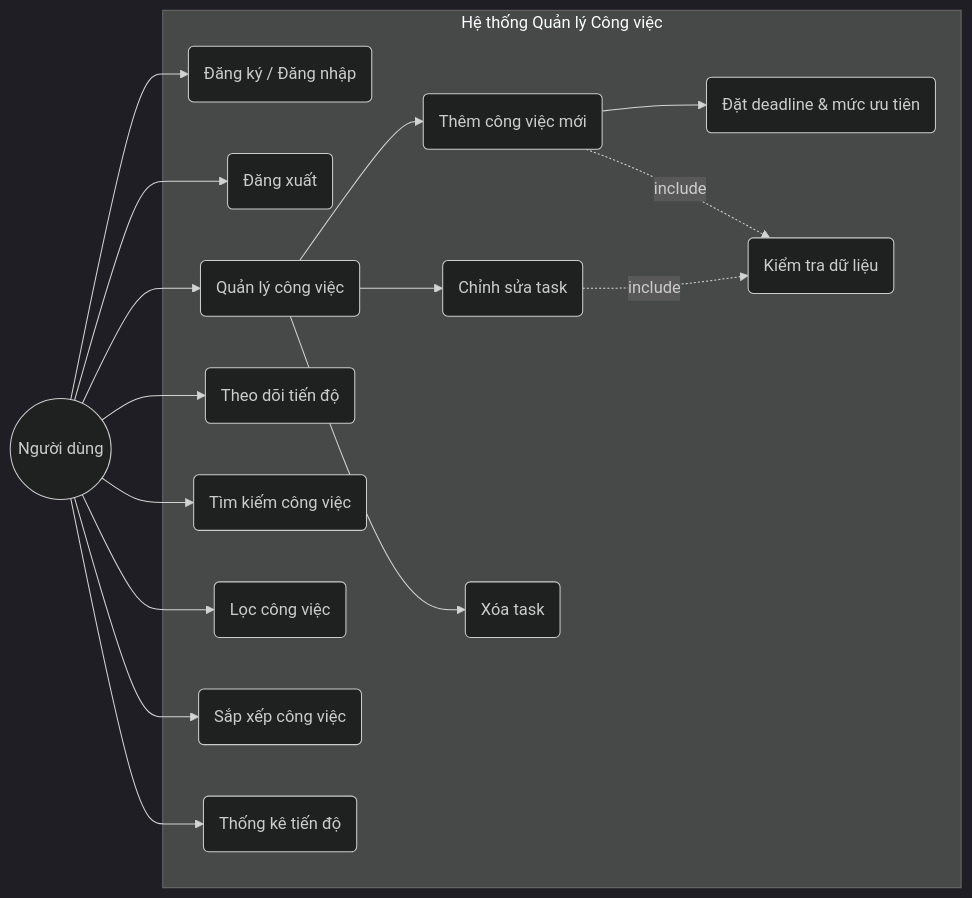
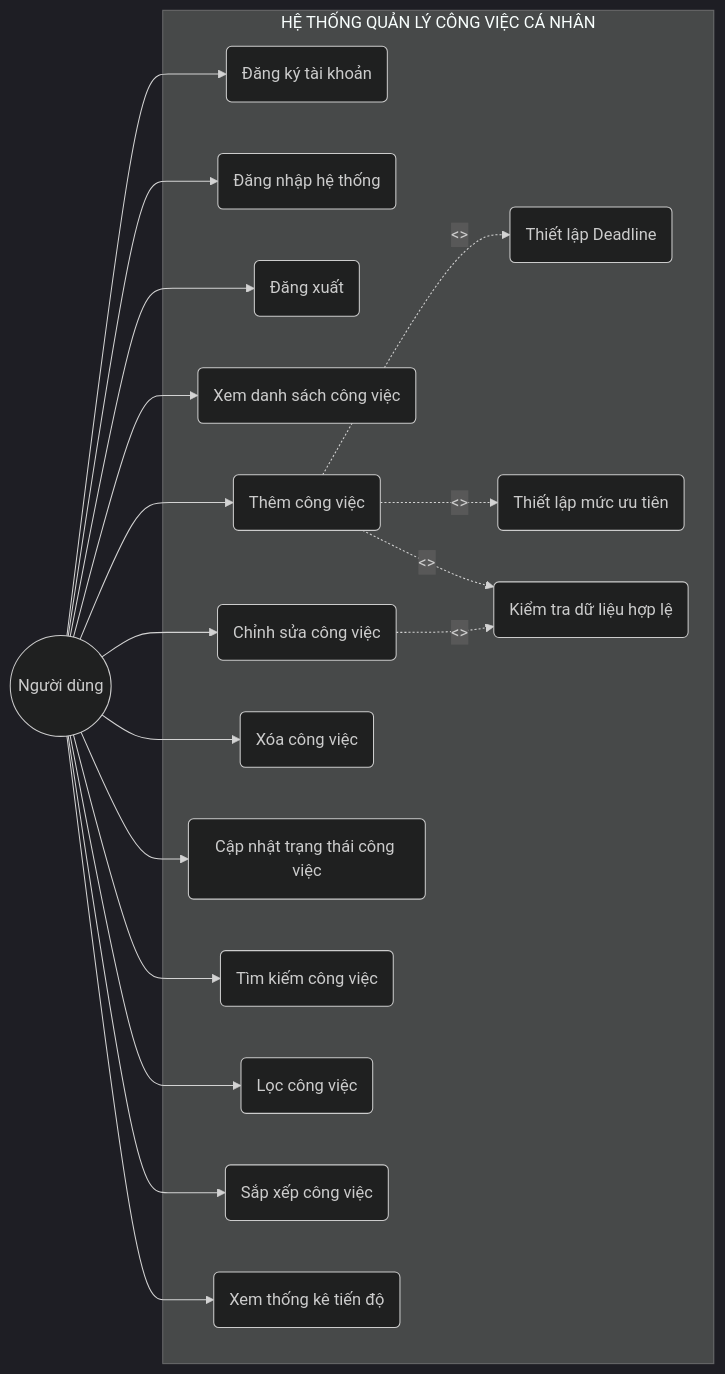
One commit to anhngocto-prog/He-thong-quan-ly-va-theo-doi-tien-do-cong-viec-ca-nhan changed the first of 4 diagrams in ANALYSIS.md. Above: the diagram before and after it, drawn with Mermaid (dark theme). The commit also changed other lines of this file, not shown here.

````diff
--- a/ANALYSIS.md
+++ b/ANALYSIS.md
@@ -68,52 +68,56 @@
 ```mermaid
 graph LR
 
     User((Người dùng))
-    
-    subgraph "Hệ thống Quản lý Công việc"
 
-        UC1(Đăng ký / Đăng nhập)
-        UC2(Đăng xuất)
+    subgraph "HỆ THỐNG QUẢN LÝ CÔNG VIỆC CÁ NHÂN"
 
-        UC3(Quản lý công việc)
+        UC1(Đăng ký tài khoản)
+        UC2(Đăng nhập hệ thống)
+        UC3(Đăng xuất)
 
-        UC4(Thêm công việc mới)
-        UC5(Chỉnh sửa task)
-        UC6(Xóa task)
+        UC4(Xem danh sách công việc)
 
-        UC7(Đặt deadline & mức ưu tiên)
+        UC5(Thêm công việc)
+        UC6(Chỉnh sửa công việc)
+        UC7(Xóa công việc)
 
-        UC8(Theo dõi tiến độ)
+        UC8(Cập nhật trạng thái công việc)
 
-        UC9(Tìm kiếm công việc)
+        UC9(Thiết lập Deadline)
+        UC10(Thiết lập mức ưu tiên)
 
-        UC10(Lọc công việc)
+        UC11(Tìm kiếm công việc)
+        UC12(Lọc công việc)
+        UC13(Sắp xếp công việc)
 
-        UC11(Sắp xếp công việc)
+        UC14(Xem thống kê tiến độ)
 
-        UC12(Thống kê tiến độ)
-
-        UC13(Kiểm tra dữ liệu)
+        UC15(Kiểm tra dữ liệu hợp lệ)
 
     end
 
     User --> UC1
     User --> UC2
-
     User --> UC3
 
+    User --> UC4
+
+    User --> UC5
+    User --> UC6
+    User --> UC7
+
     User --> UC8
-    User --> UC9
-    User --> UC10
+
     User --> UC11
     User --> UC12
+    User --> UC13
 
-    UC3 --> UC4
-    UC3 --> UC5
-    UC3 --> UC6
+    User --> UC14
 
-    UC4 --> UC7
+    UC5 -.<<include>>.-> UC9
+    UC5 -.<<include>>.-> UC10
+    UC5 -.<<include>>.-> UC15
 
-    UC4 -.include.-> UC13
-    UC5 -.include.-> UC13
+    UC6 -.<<include>>.-> UC15
 ```
````
